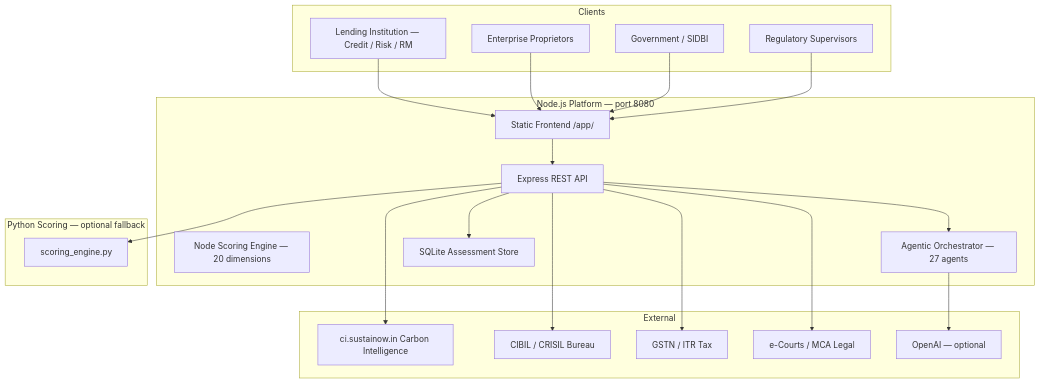
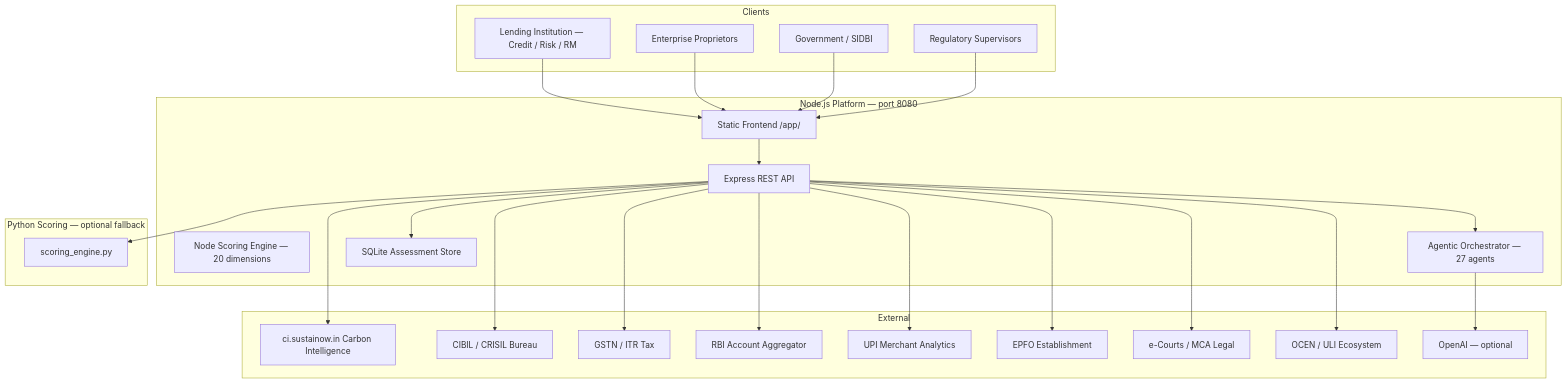
Before and after one commit to carbonintelli/FinancialHealthScore: the first of 4 diagrams in docs/ARCHITECTURE.md, drawn with Mermaid. The commit also changed other lines of this file and 8 other files, not shown here.

````diff
--- a/docs/ARCHITECTURE.md
+++ b/docs/ARCHITECTURE.md
@@ -11,37 +11,42 @@
 ```mermaid
 flowchart TB
     subgraph Clients
         BANK[Lending Institution — Credit / Risk / RM]
         MSME[Enterprise Proprietors]
         GOVT[Government / SIDBI]
         REG[Regulatory Supervisors]
     end
 
     subgraph Node[Node.js Platform — port 8080]
         WEB[Express REST API]
         SCORE[Node Scoring Engine — 20 dimensions]
         AGENTS[Agentic Orchestrator — 27 agents]
         STORE[SQLite Assessment Store]
         FE[Static Frontend /app/]
     end
 
     subgraph Python[Python Scoring — optional fallback]
         SE[scoring_engine.py]
     end
 
     subgraph External
         CI[ci.sustainow.in Carbon Intelligence]
         BU[CIBIL / CRISIL Bureau]
         TX[GSTN / ITR Tax]
+        AA[RBI Account Aggregator]
+        UPI[UPI Merchant Analytics]
+        EPFO[EPFO Establishment]
         LG[e-Courts / MCA Legal]
+        OCEN[OCEN / ULI Ecosystem]
         OAI[OpenAI — optional]
     end
 
     BANK & MSME & GOVT & REG --> FE
     FE --> WEB
     WEB --> AGENTS
     WEB --> SE
     AGENTS --> OAI
-    WEB --> BU & TX & LG & CI
+    WEB --> BU & TX & AA & UPI & EPFO & LG & CI
+    WEB --> OCEN
     WEB --> STORE
 ```
````
